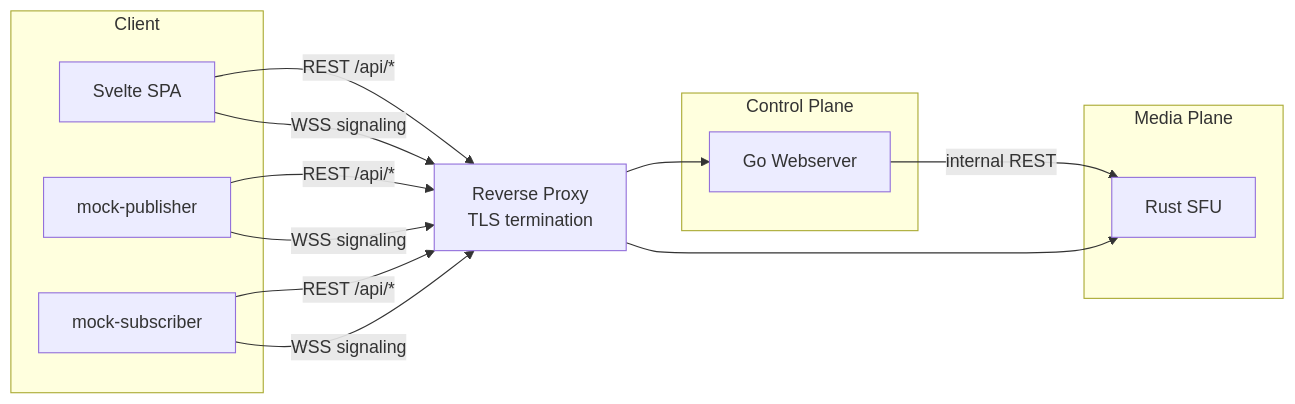
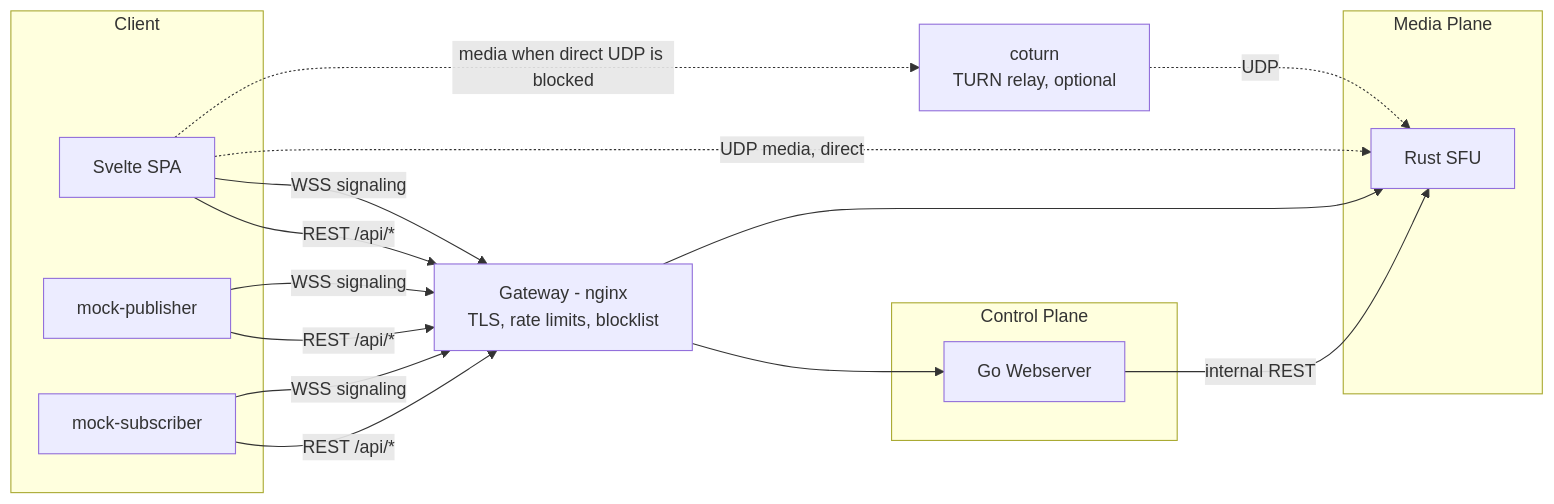
One commit to haikal-arif/LiveShare changed the first of 2 diagrams in capstone_docs/technical-architecture.md. Above: the diagram before and after it, drawn with Mermaid. The commit also changed other lines of this file and 15 other files, not shown here.

First line of the commit message:
Document TURN relay and EC2 deployment, add README, fix dev env setup

````diff
--- a/capstone_docs/technical-architecture.md
+++ b/capstone_docs/technical-architecture.md
@@ -17,30 +19,35 @@
 ```mermaid
 flowchart LR
     subgraph Client
         SPA[Svelte SPA]
         MP[mock-publisher]
         MS[mock-subscriber]
     end
 
-    RP[Reverse Proxy<br/>TLS termination]
+    RP[Gateway - nginx<br/>TLS, rate limits, blocklist]
 
     subgraph ControlPlane[Control Plane]
         GO[Go Webserver]
     end
 
     subgraph MediaPlane[Media Plane]
         SFU[Rust SFU]
     end
 
     SPA -- REST /api/* --> RP
     MP -- REST /api/* --> RP
     MS -- REST /api/* --> RP
     RP --> GO
 
     SPA -- WSS signaling --> RP
     MP -- WSS signaling --> RP
     MS -- WSS signaling --> RP
     RP --> SFU
 
     GO -- internal REST --> SFU
+
+    TURN[coturn<br/>TURN relay, optional]
+    SPA -. UDP media, direct .-> SFU
+    SPA -. media when direct UDP is blocked .-> TURN
+    TURN -. UDP .-> SFU
 ```
````
